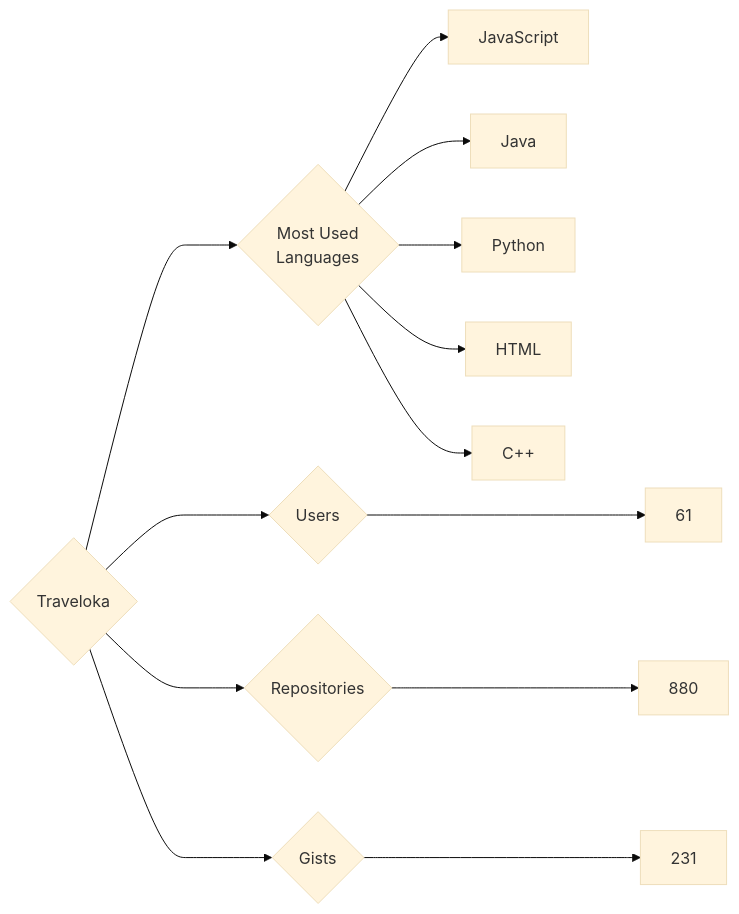
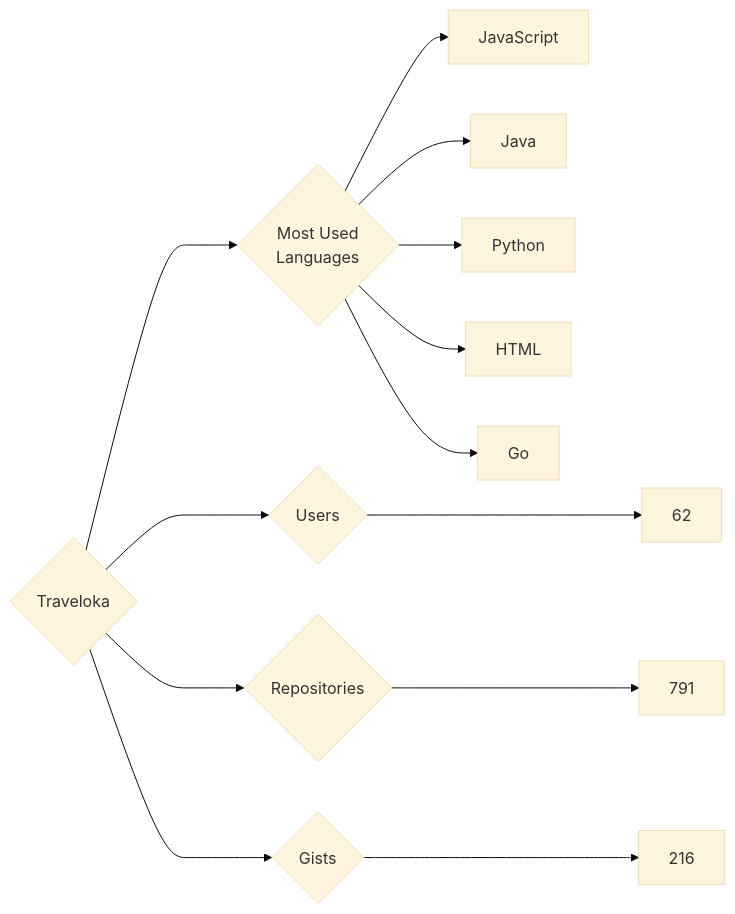
The diagram in targets/Traveloka/README.md (trickest/insiders), drawn with Mermaid (base theme) before and after one commit. The commit also changed 972 other files, not shown here.

````diff
--- a/targets/Traveloka/README.md
+++ b/targets/Traveloka/README.md
@@ -3,13 +3,13 @@
 ```mermaid
 graph LR
 COMPANY_NAME{Traveloka}
-COMPANY_NAME ---> U{Users} ---> UN[61]
-COMPANY_NAME ---> R{Repositories} ---> RN[880]
-COMPANY_NAME ---> G{Gists} ---> GN[231]
+COMPANY_NAME ---> U{Users} ---> UN[62]
+COMPANY_NAME ---> R{Repositories} ---> RN[791]
+COMPANY_NAME ---> G{Gists} ---> GN[216]
 COMPANY_NAME ---> ML{Most Used<br>Languages}
 ML --> JavaScript[JavaScript]
 ML --> Java[Java]
 ML --> Python[Python]
 ML --> HTML[HTML]
-ML --> C++[C++]
+ML --> Go[Go]
 ```
````
